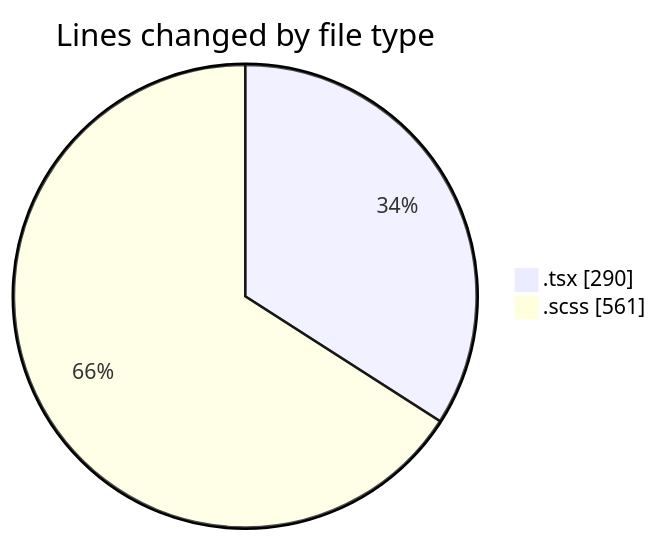
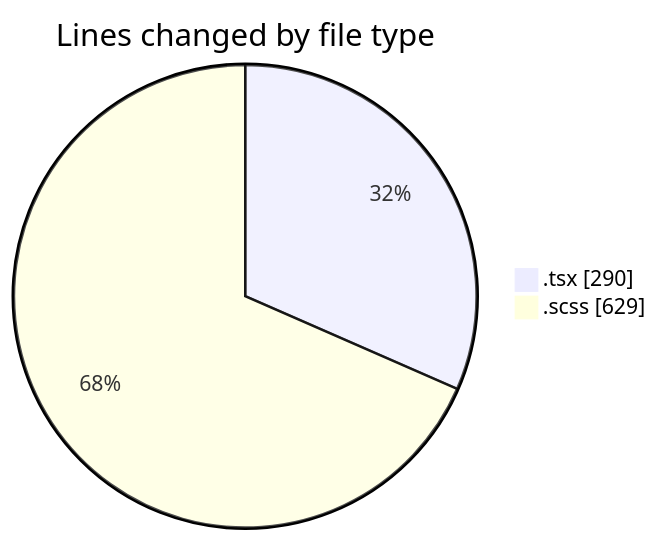
The first of 2 diagrams in 2025-09-19/cda/README.md (momahboobian/code-tracking), drawn with Mermaid before and after one commit. The commit also changed other lines of this file and 1 other file, not shown here.

````diff
--- a/2025-09-19/cda/README.md
+++ b/2025-09-19/cda/README.md
@@ -21,6 +21,6 @@
 ```mermaid
 pie showData
 title Lines changed by file type
 ".tsx" : 290
-".scss" : 561
+".scss" : 629
 ```
````
